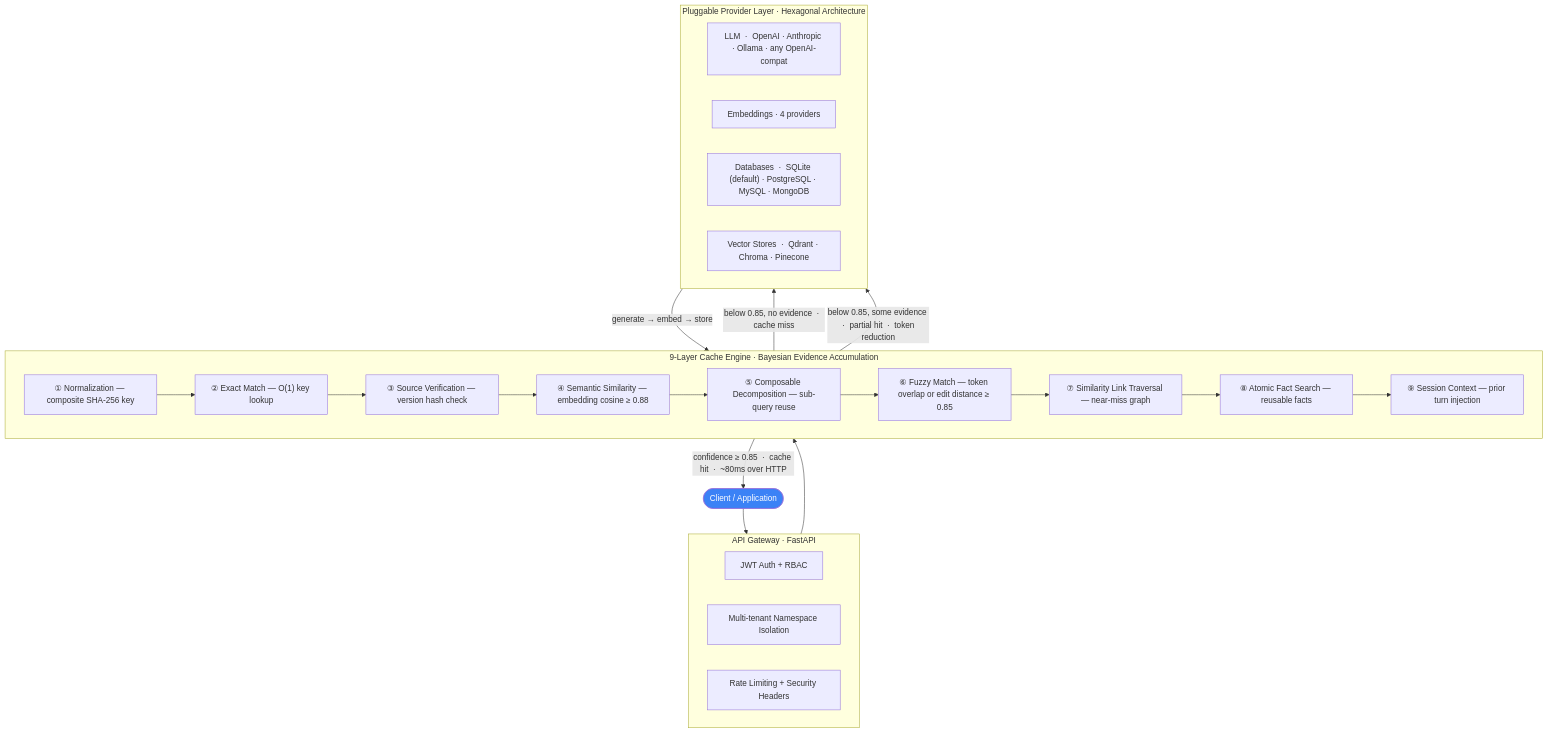
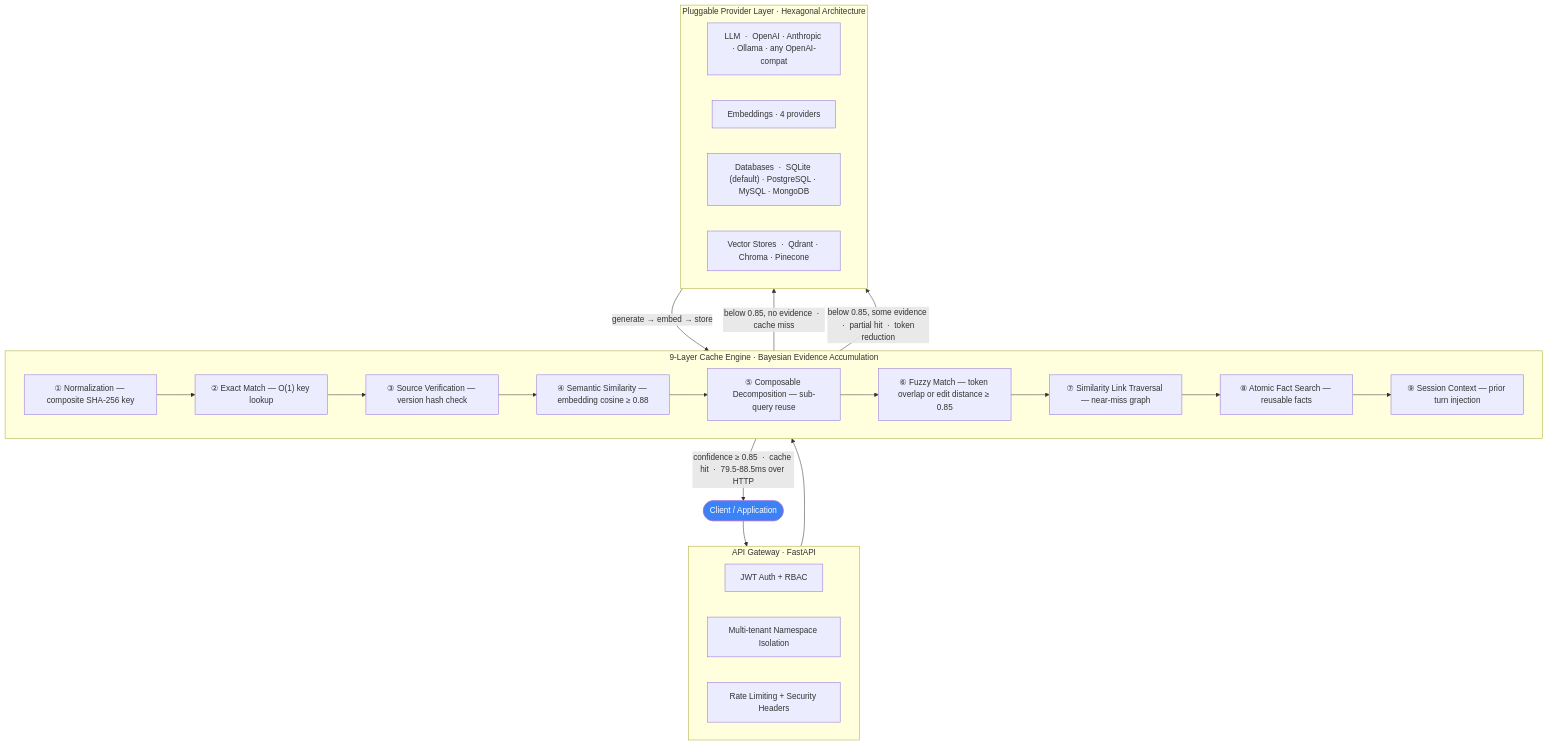
Before and after one commit to DeepanjayNandal/bitmod: the diagram in README.md, drawn with Mermaid. The commit also changed other lines of this file and 6 other files, not shown here.

````diff
--- a/README.md
+++ b/README.md
@@ -92,38 +92,38 @@
 ```mermaid
 flowchart TD
     A(["Client / Application"])
 
     subgraph gw ["API Gateway  ·  FastAPI"]
         G1["JWT Auth + RBAC"]
         G2["Multi-tenant Namespace Isolation"]
         G3["Rate Limiting + Security Headers"]
     end
 
     subgraph ce ["9-Layer Cache Engine  ·  Bayesian Evidence Accumulation"]
         C0["① Normalization — composite SHA-256 key"]
         C1["② Exact Match — O(1) key lookup"]
         C2["③ Source Verification — version hash check"]
         C3["④ Semantic Similarity — embedding cosine ≥ 0.88"]
         C4["⑤ Composable Decomposition — sub-query reuse"]
         C5["⑥ Fuzzy Match — token overlap or edit distance ≥ 0.85"]
         C6["⑦ Similarity Link Traversal — near-miss graph"]
         C7["⑧ Atomic Fact Search — reusable facts"]
         C8["⑨ Session Context — prior turn injection"]
         C0 --> C1 --> C2 --> C3 --> C4 --> C5 --> C6 --> C7 --> C8
     end
 
     subgraph p ["Pluggable Provider Layer  ·  Hexagonal Architecture"]
         P1["LLM  ·  OpenAI · Anthropic · Ollama · any OpenAI-compat"]
         P2["Embeddings  ·  4 providers"]
         P3["Databases  ·  SQLite (default) · PostgreSQL · MySQL · MongoDB"]
         P4["Vector Stores  ·  Qdrant · Chroma · Pinecone"]
     end
 
     A --> gw --> ce
-    ce -->|"confidence ≥ 0.85  ·  cache hit  ·  ~80ms over HTTP" | A
+    ce -->|"confidence ≥ 0.85  ·  cache hit  ·  79.5-88.5ms over HTTP" | A
     ce -->|"below 0.85, no evidence  ·  cache miss"| p
     ce -->|"below 0.85, some evidence  ·  partial hit  ·  token reduction"| p
     p -->|"generate → embed → store"| ce
 
     style A fill:#3b82f6,color:#fff
 ```
````
